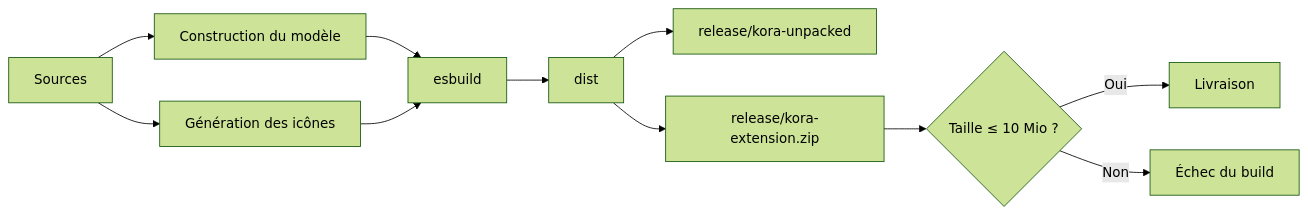
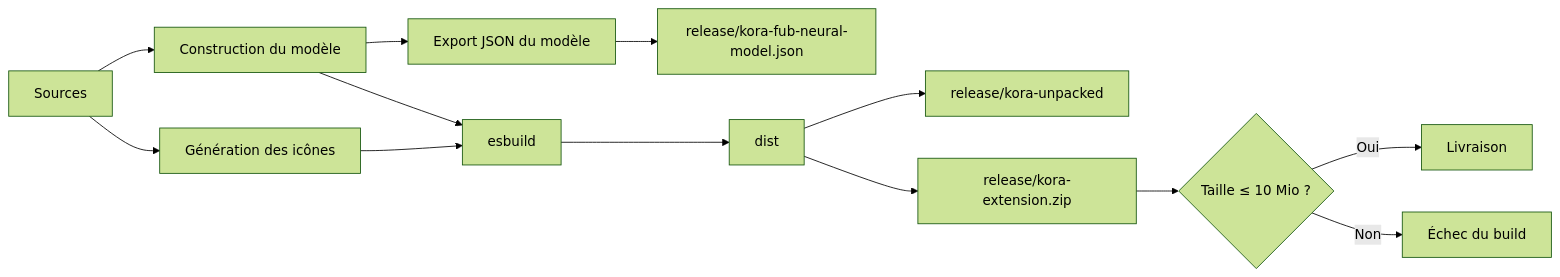
Before and after one commit to kaezerwatto/KORA: the seventh of 7 diagrams in docs/ARCHITECTURE.md, drawn with Mermaid (forest theme). The commit also changed other lines of this file and 26 other files, not shown here.

Commit message:
Add portable model export and refresh project branding

````diff
--- a/docs/ARCHITECTURE.md
+++ b/docs/ARCHITECTURE.md
@@ -215,13 +216,15 @@
 ```mermaid
 flowchart LR
     S[Sources] --> M[Construction du modèle]
     S --> I[Génération des icônes]
+    M --> E[Export JSON du modèle]
     M --> B[esbuild]
     I --> B
     B --> D[dist]
     D --> U[release/kora-unpacked]
     D --> Z[release/kora-extension.zip]
+    E --> J[release/kora-fub-neural-model.json]
     Z --> Q{Taille ≤ 10 Mio ?}
     Q -->|Oui| R[Livraison]
     Q -->|Non| X[Échec du build]
 ```
````
